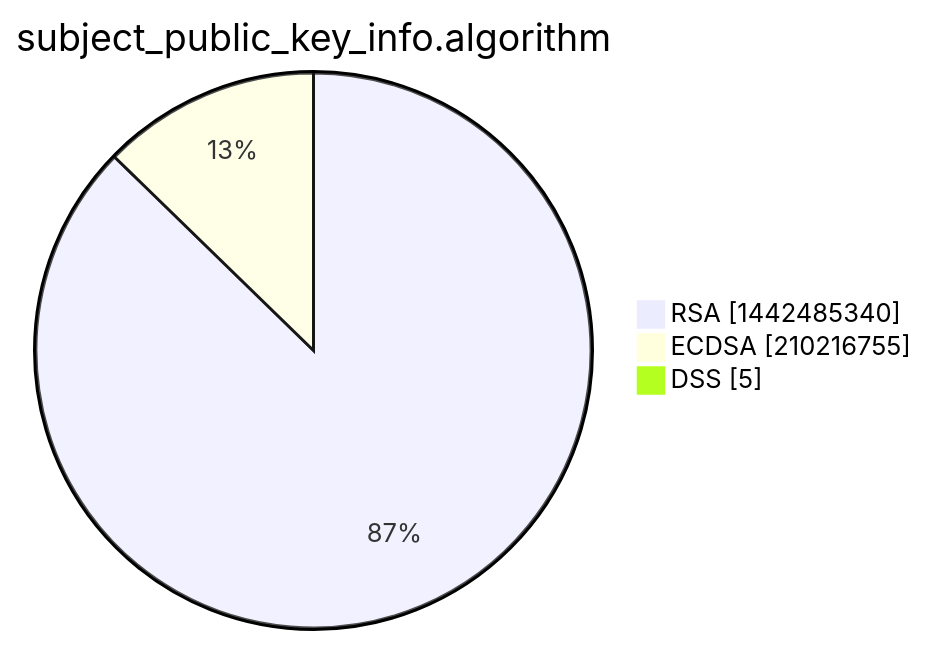
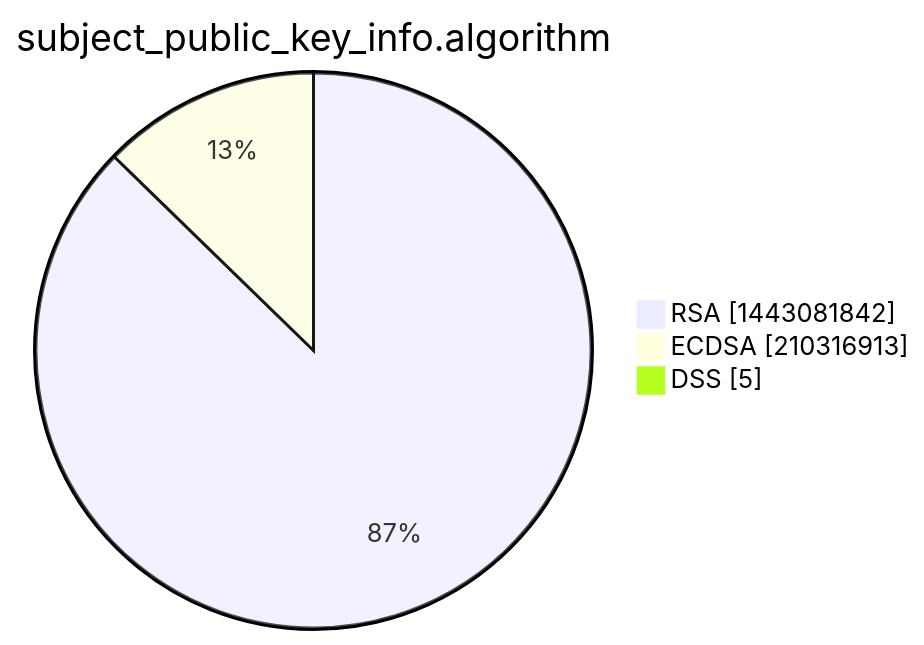
The third of 15 diagrams in xenon2022/README.md (christiankrug/ctmonitor_visualization), drawn with Mermaid before and after one commit. The commit also changed other lines of this file, not shown here.

````diff
--- a/xenon2022/README.md
+++ b/xenon2022/README.md
@@ -14,7 +14,7 @@
 ```mermaid
 pie showData
 title subject_public_key_info.algorithm
-"RSA" :1442485340
-"ECDSA" :210216755
+"RSA" :1443081842
+"ECDSA" :210316913
 "DSS" :5
 ```
````
